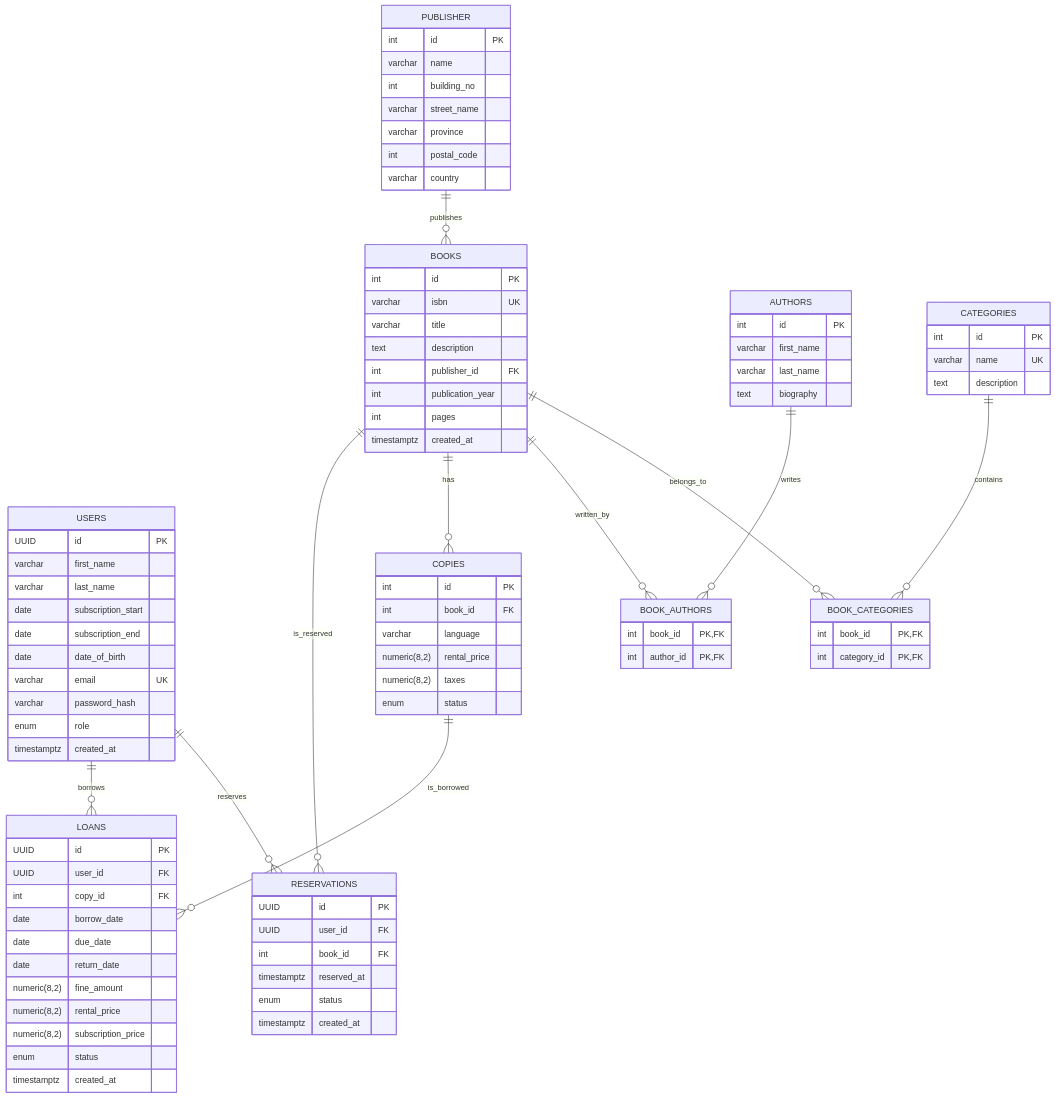
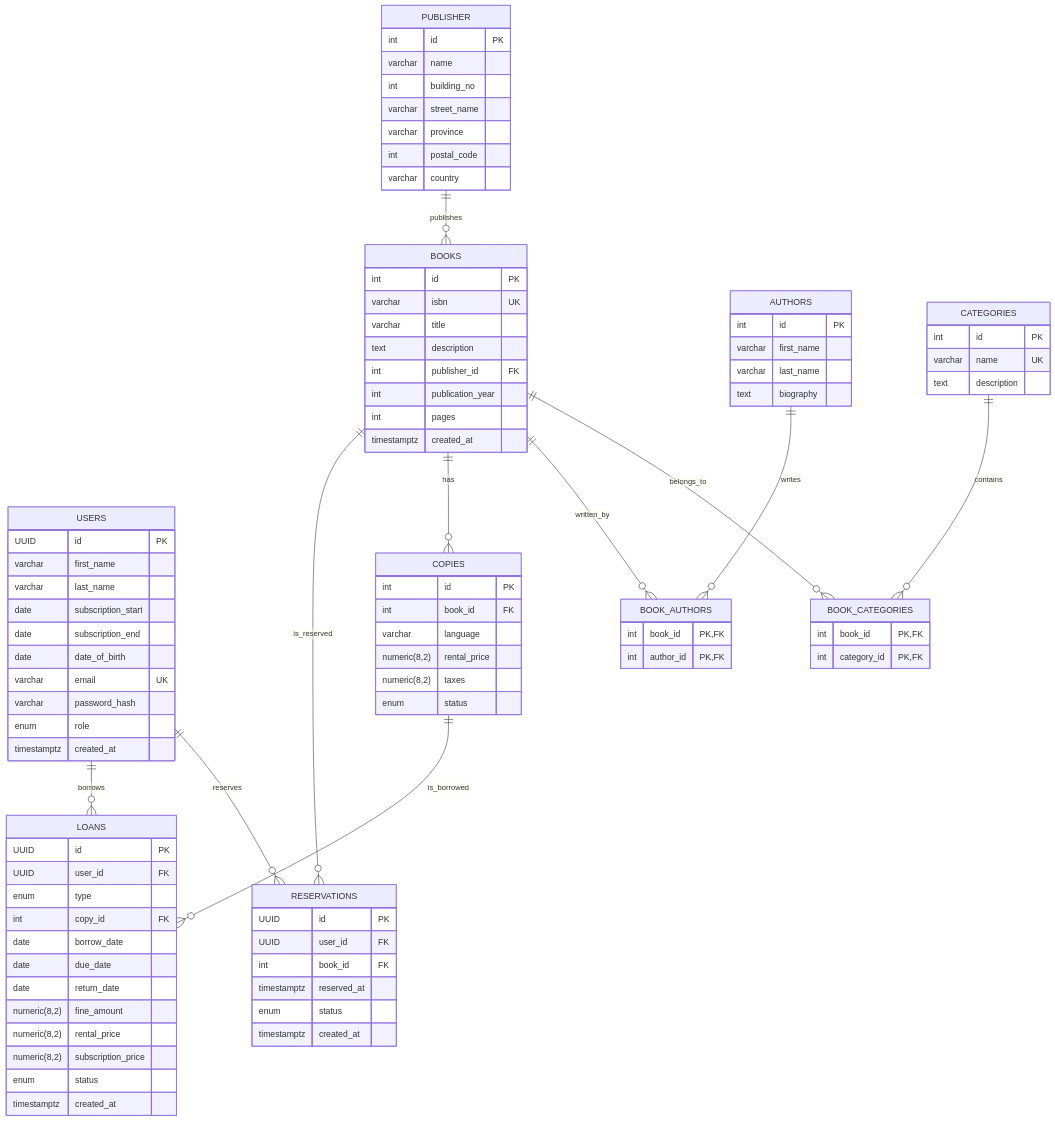
The diagram in README.md (medo458/DBMS_PROJECT_2026_ASU), drawn with Mermaid before and after one commit. The commit also changed 3 other files, not shown here.

Commit message:
making schema file and edits on indexes and readme

```diff
--- a/README.md
+++ b/README.md
@@ -89,6 +89,7 @@
     LOANS {
         UUID id PK
         UUID user_id FK
+        enum type
         int copy_id FK
         date borrow_date
         date due_date
```
